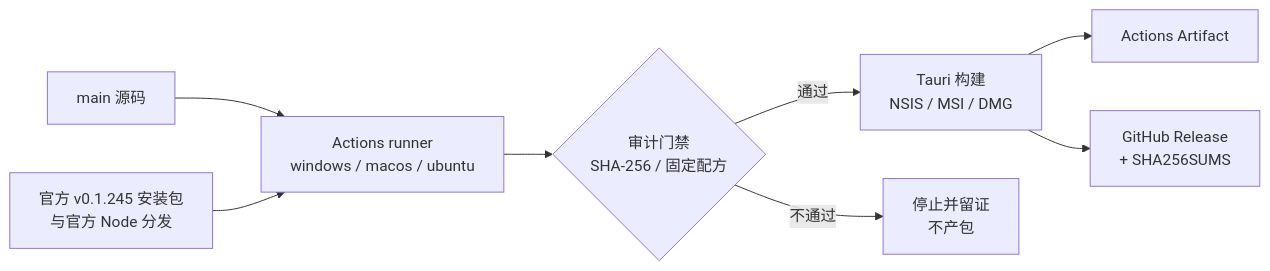
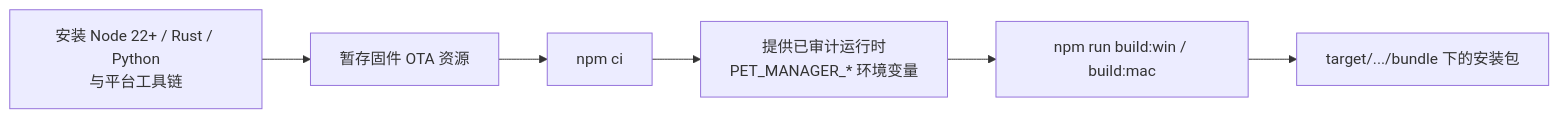
Before and after one commit to laochenfei233/HachimoDock-beautiful: the diagram in README.md, drawn with Mermaid. The commit also changed other lines of this file, not shown here.

First line of the commit message:
docs(readme): local build guide with toolchain languages; highlight Windows arm64 and macOS x64

````diff
--- a/README.md
+++ b/README.md
@@ -62,10 +61,8 @@
 ```mermaid
 flowchart LR
-  A["main 源码"] --> C["Actions runner<br/>windows / macos / ubuntu"]
-  B["官方 v0.1.245 安装包<br/>与官方 Node 分发"] --> C
-  C --> D{"审计门禁<br/>SHA-256 / 固定配方"}
-  D -->|"通过"| E["Tauri 构建<br/>NSIS / MSI / DMG"]
-  D -->|"不通过"| G["停止并留证<br/>不产包"]
-  E --> H["Actions Artifact"]
-  E --> I["GitHub Release<br/>+ SHA256SUMS"]
+  A["安装 Node 22+ / Rust / Python<br/>与平台工具链"] --> B["暂存固件 OTA 资源"]
+  B --> C["npm ci"]
+  C --> D["提供已审计运行时<br/>PET_MANAGER_* 环境变量"]
+  D --> E["npm run build:win / build:mac"]
+  E --> F["target/.../bundle 下的安装包"]
 ```
````
